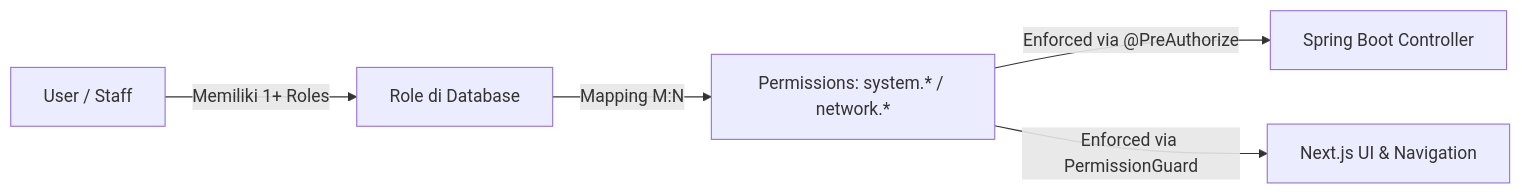
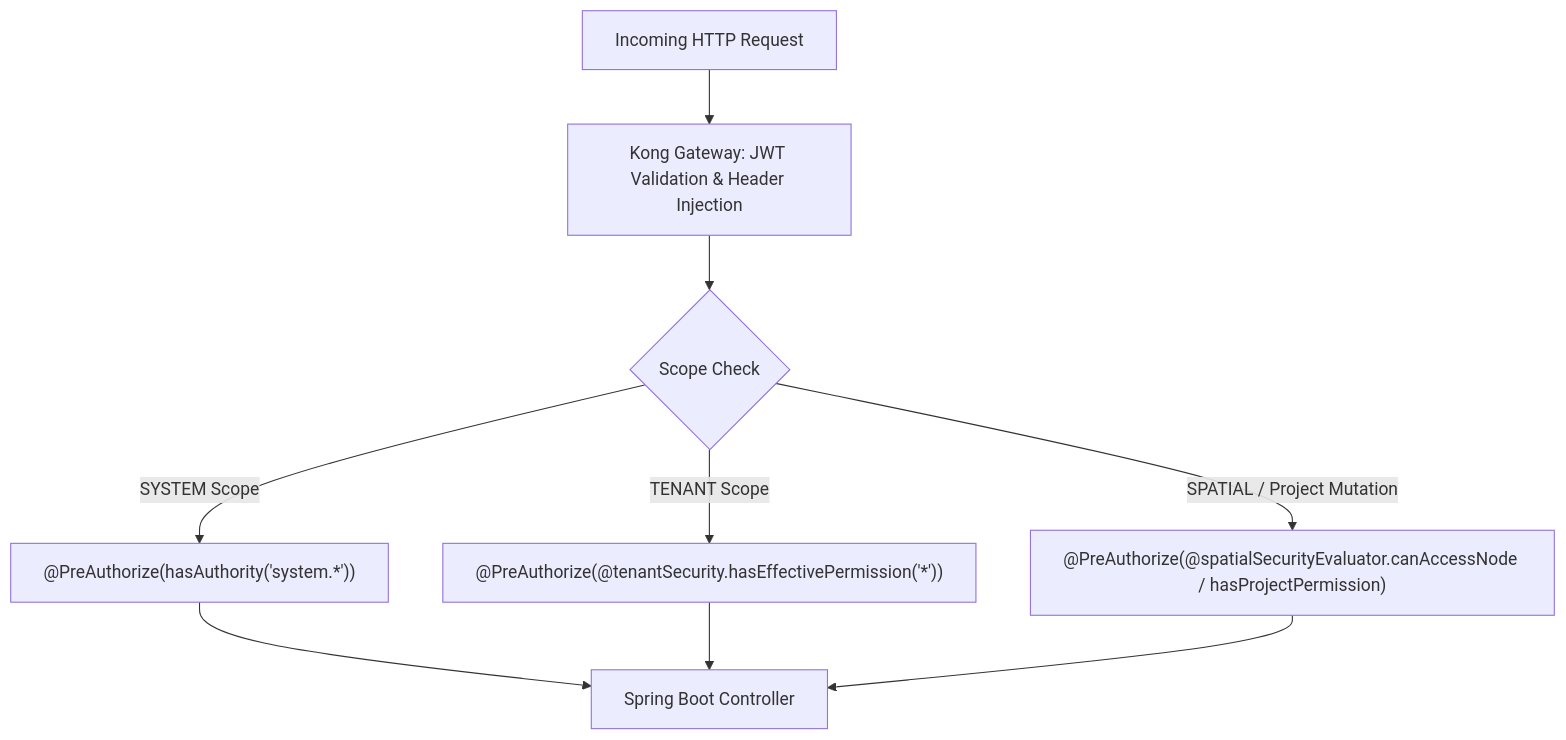
One commit to ex-cloud/K2NET-FTTHGIS changed the diagram in .agents/rules/module-creation-standard.md. Above: the diagram before and after it, drawn with Mermaid. The commit also changed other lines of this file and 20 other files, not shown here.

Commit message:
feat(security): implement automated CI security gate, live DB audit matrix, and complete endpoint PBAC coverage

````diff
--- a/.agents/rules/module-creation-standard.md
+++ b/.agents/rules/module-creation-standard.md
@@ -15,7 +15,11 @@
 ```mermaid
-flowchart LR
-    User[User / Staff] -->|Memiliki 1+ Roles| Role[Role di Database]
-    Role -->|Mapping M:N| Perms[Permissions: system.* / network.*]
-    Perms -->|Enforced via @PreAuthorize| Backend[Spring Boot Controller]
-    Perms -->|Enforced via PermissionGuard| Frontend[Next.js UI & Navigation]
+flowchart TD
+    Req[Incoming HTTP Request] --> Kong[Kong Gateway: JWT Validation & Header Injection]
+    Kong --> Gate1{Scope Check}
+    Gate1 -->|SYSTEM Scope| SysGuard["@PreAuthorize(hasAuthority('system.*'))"]
+    Gate1 -->|TENANT Scope| TenGuard["@PreAuthorize(@tenantSecurity.hasEffectivePermission('*'))"]
+    Gate1 -->|SPATIAL / Project Mutation| SpatGuard["@PreAuthorize(@spatialSecurityEvaluator.canAccessNode / hasProjectPermission)"]
+    SysGuard --> Controller[Spring Boot Controller]
+    TenGuard --> Controller
+    SpatGuard --> Controller
 ```
````
